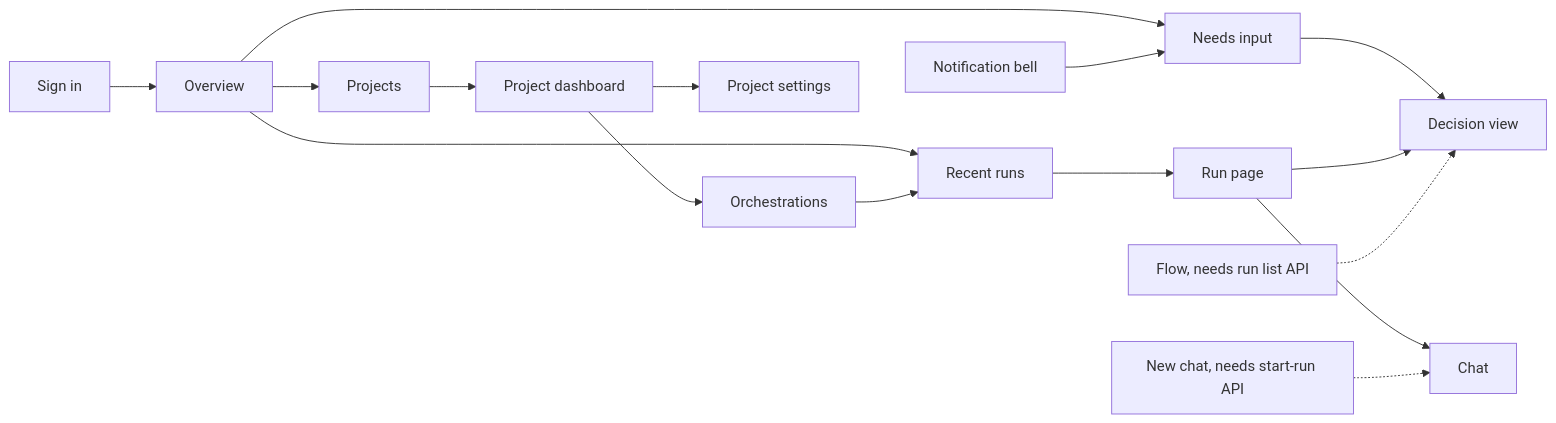
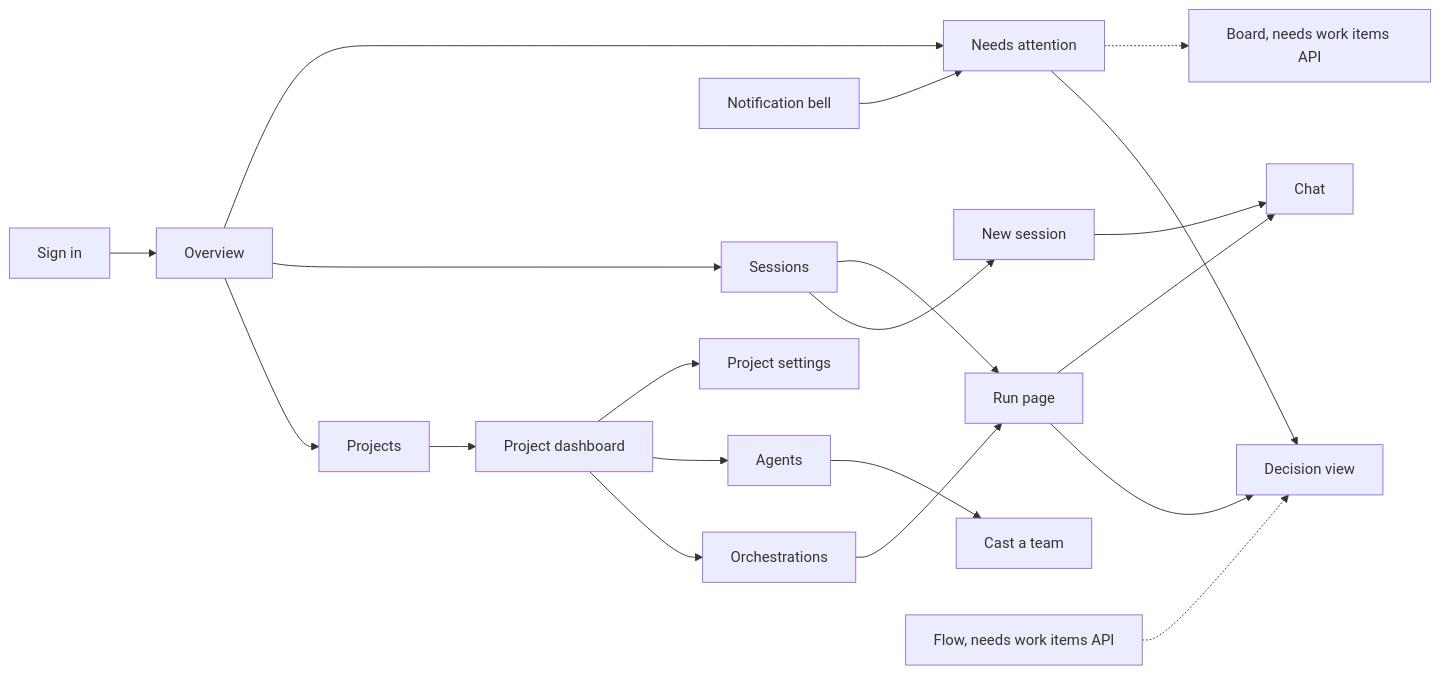
Before and after one commit to sabbour/agentweaver: the diagram in docs/reference/web-ui-parity.md, drawn with Mermaid. The commit also changed other lines of this file and 9 other files, not shown here.

Commit message:
docs(web): describe run lists, new sessions, metrics, notifications and casting in the web client

````diff
--- a/docs/reference/web-ui-parity.md
+++ b/docs/reference/web-ui-parity.md
@@ -36,18 +36,22 @@
 ```mermaid
 flowchart LR
   signin[Sign in] --> overview[Overview]
   overview --> projects[Projects]
-  overview --> recent[Recent runs]
-  overview --> attention[Needs input]
+  overview --> sessions[Sessions]
+  overview --> attention[Needs attention]
   bell[Notification bell] --> attention
+  sessions --> newsession[New session]
+  newsession --> chat[Chat]
   projects --> dashboard[Project dashboard]
   dashboard --> orch[Orchestrations]
-  orch --> recent
-  recent --> run[Run page]
+  dashboard --> agents[Agents]
+  agents --> cast[Cast a team]
+  orch --> run[Run page]
+  sessions --> run
   attention --> decision[Decision view]
+  attention -.-> board[Board, needs work items API]
   run --> decision
-  run --> chat[Chat]
-  newchat[New chat, needs start-run API] -.-> chat
-  flow[Flow, needs run list API] -.-> decision
+  run --> chat
+  flow[Flow, needs work items API] -.-> decision
   dashboard --> settings[Project settings]
 ```
````
